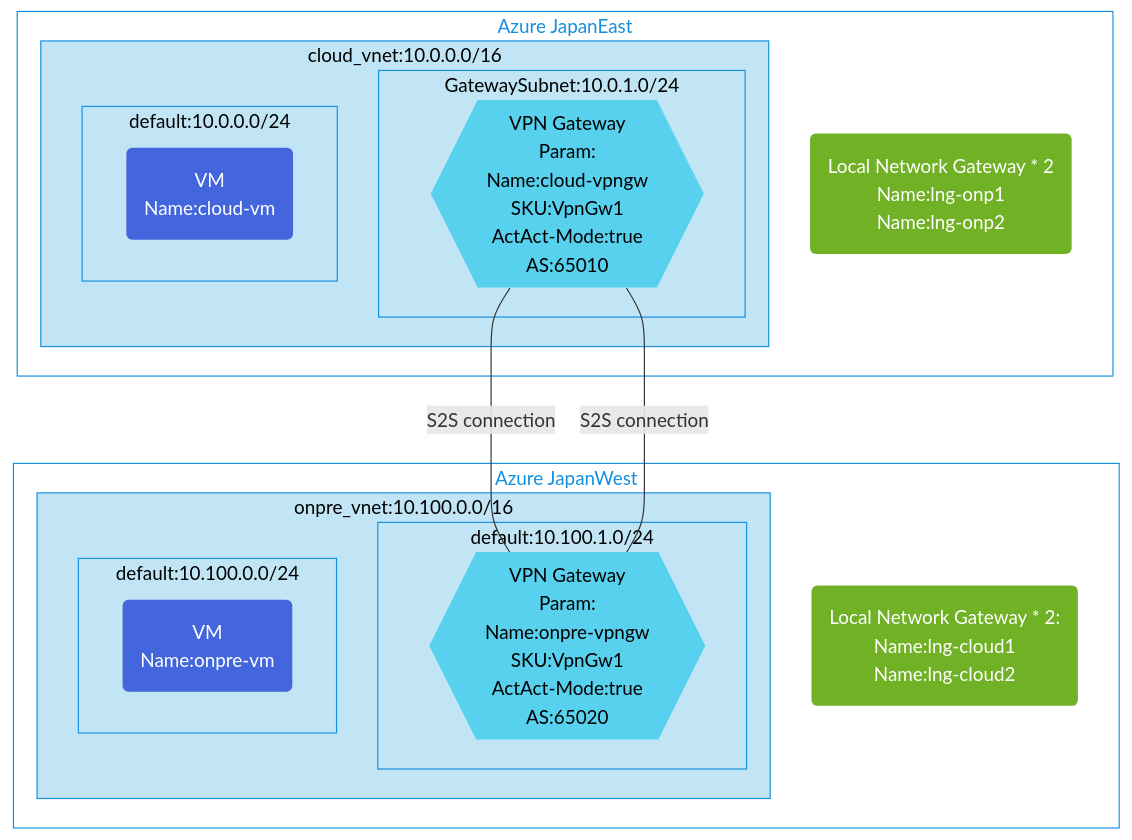
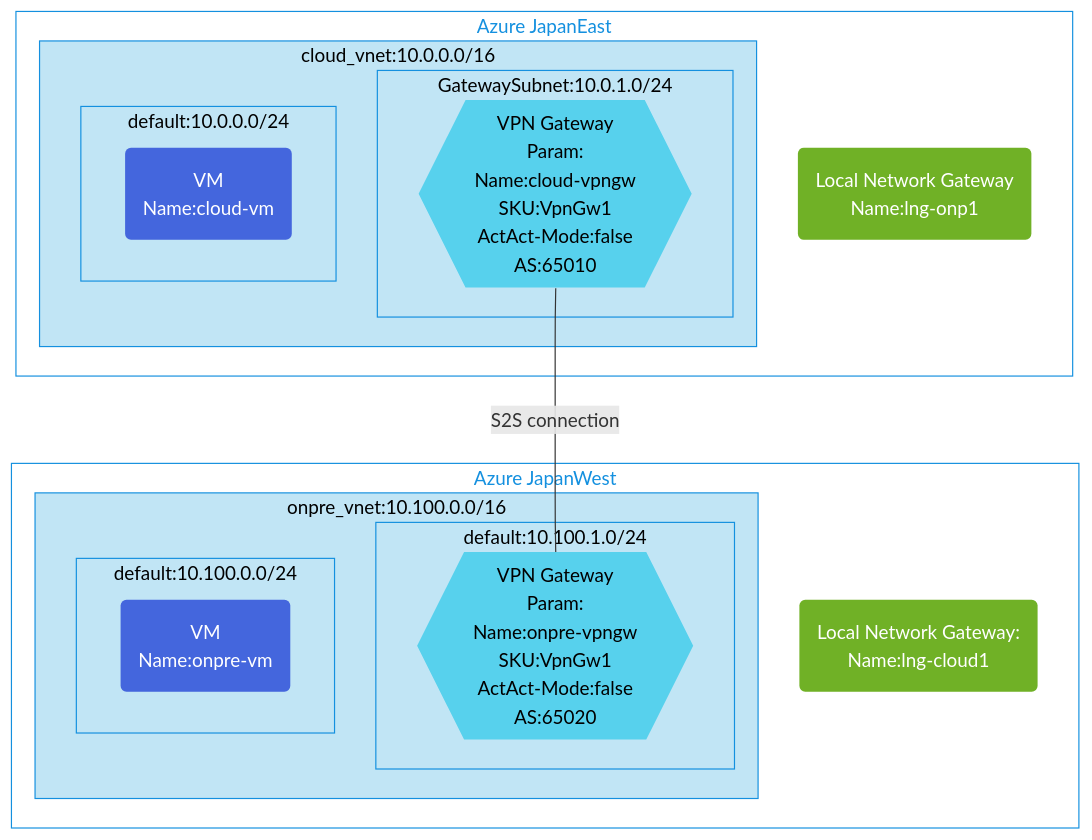
The diagram in s2s-single-vpn-bgp-using-lngw-connction/README.md (toizumi03/bicep-templates), drawn with Mermaid before and after one commit. The commit also changed other lines of this file, not shown here.

````diff
--- a/s2s-single-vpn-bgp-using-lngw-connction/README.md
+++ b/s2s-single-vpn-bgp-using-lngw-connction/README.md
@@ -3,51 +3,50 @@
 ```mermaid
 graph TB;
 %% Groups and Services
 subgraph GR2[Azure JapanWest]
   subgraph GV2[onpre_vnet:10.100.0.0/16]
      subgraph GVS4[default:10.100.1.0/24]
-      VPNGW2{{"VPN Gateway<br/>Param:<br/>Name:onpre-vpngw<br/>SKU:VpnGw1<br/>ActAct-Mode:true<br/>AS:65020"}}
+      VPNGW2{{"VPN Gateway<br/>Param:<br/>Name:onpre-vpngw<br/>SKU:VpnGw1<br/>ActAct-Mode:false<br/>AS:65020"}}
     end
       subgraph GVS3[default:10.100.0.0/24]
         CP2("VM<br/>Name:onpre-vm")
     end
 end
-    LNGW2("Local Network Gateway * 2: <br/>Name:lng-cloud1<br/>Name:lng-cloud2")
+    LNGW2("Local Network Gateway: <br/>Name:lng-cloud1")
 end
 subgraph GR1[Azure JapanEast]
   subgraph GV1[cloud_vnet:10.0.0.0/16]
       subgraph GVS2[GatewaySubnet:10.0.1.0/24]
-        VPNGW1{{"VPN Gateway<br/>Param:<br/>Name:cloud-vpngw<br/>SKU:VpnGw1<br/>ActAct-Mode:true<br/>AS:65010"}}
+        VPNGW1{{"VPN Gateway<br/>Param:<br/>Name:cloud-vpngw<br/>SKU:VpnGw1<br/>ActAct-Mode:false<br/>AS:65010"}}
       end
       subgraph GVS1[default:10.0.0.0/24]
         CP1("VM<br/>Name:cloud-vm")
       end
 end
-    LNGW1("Local Network Gateway * 2<br/>Name:lng-onp1<br/>Name:lng-onp2")
+    LNGW1("Local Network Gateway<br/>Name:lng-onp1")
 end
 
 %% Relation for resources
-VPNGW1 --S2S connection--- VPNGW2
 VPNGW1 --S2S connection--- VPNGW2
 
 %% Groups style
 classDef GSR fill:#fff,color:#1490df,stroke:#1490df
 class GR1,GR2 GSR
 
 classDef SGV1 fill:#c1e5f5,color:#000,stroke:#1490df
 class GV1,GVS1,GVS2,GVS3,GVS4 SGV1
 
 classDef SGV2 fill:#c1e5f5,color:#000,stroke:#1490df
 class GV2 SGV2
  
 %% Service Style
 classDef SCP fill:#4466dd,color:#fff,stroke:none
 class CP1,CP2 SCP
 
 classDef SVPNGW fill:#57d1ed,color:#000,stroke:none
 class VPNGW1,VPNGW2 SVPNGW
 
 classDef SLNGW fill:#70b126,color:#fff,stroke:none
 class LNGW1,LNGW2 SLNGW
 
 ```
````
